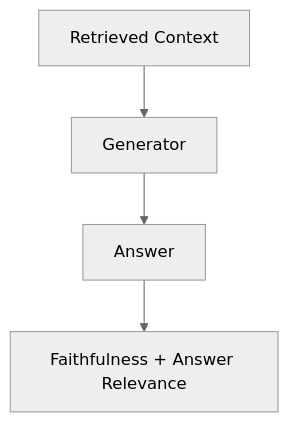
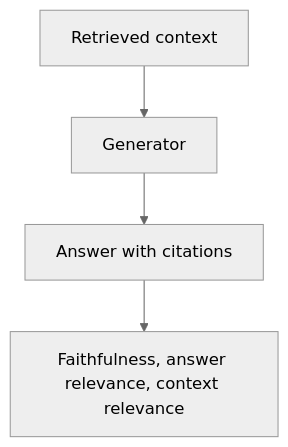
Before and after one commit to Aakif9866/Groundtruth: the second of 3 diagrams in README.md, drawn with Mermaid (neutral theme). The commit also changed other lines of this file and 15 other files, not shown here.

````diff
--- a/README.md
+++ b/README.md
@@ -57,6 +60,6 @@
 ```mermaid
 flowchart TD
-    A[Retrieved Context] --> B[Generator]
-    B --> C[Answer]
-    C --> D[Faithfulness + Answer Relevance]
+    A["Retrieved context"] --> B["Generator"]
+    B --> C["Answer with citations"]
+    C --> D["Faithfulness, answer relevance, context relevance"]
 ```
````
